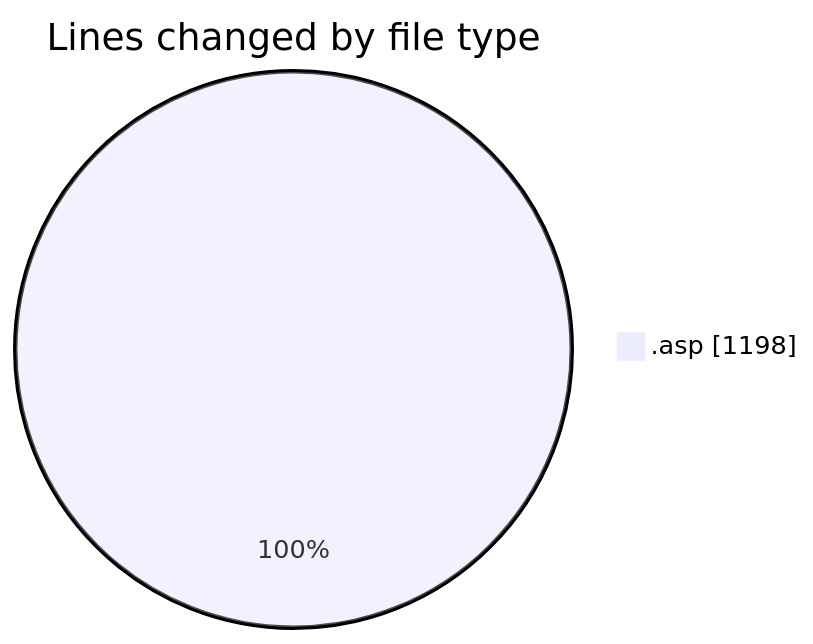
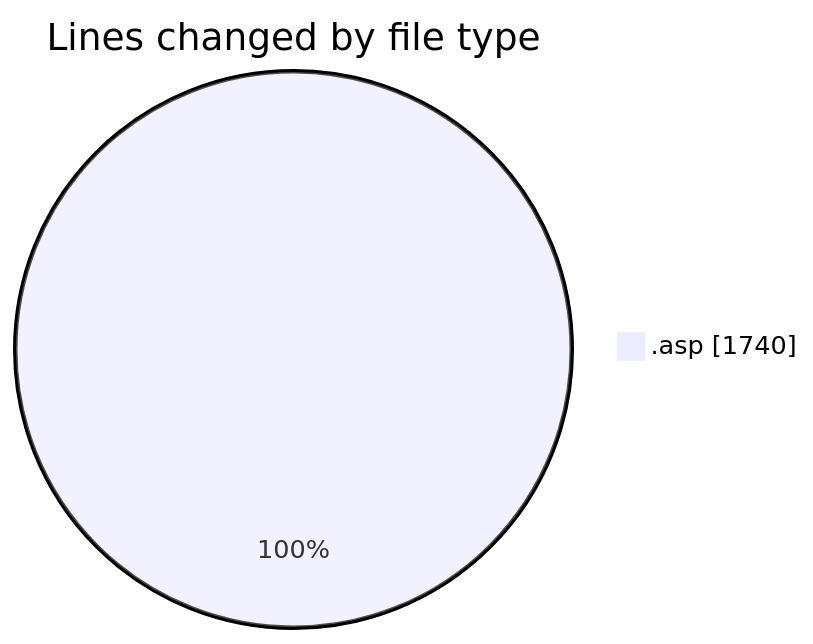
The first of 2 diagrams in 2025-10-11/cdp_aleoudev_fr__workspace_/README.md (julien-gomy/code-tracking), drawn with Mermaid before and after one commit. The commit also changed other lines of this file and 1 other file, not shown here.

````diff
--- a/2025-10-11/cdp_aleoudev_fr__workspace_/README.md
+++ b/2025-10-11/cdp_aleoudev_fr__workspace_/README.md
@@ -23,5 +24,5 @@
 ```mermaid
 pie showData
 title Lines changed by file type
-".asp" : 1198
+".asp" : 1740
 ```
````
